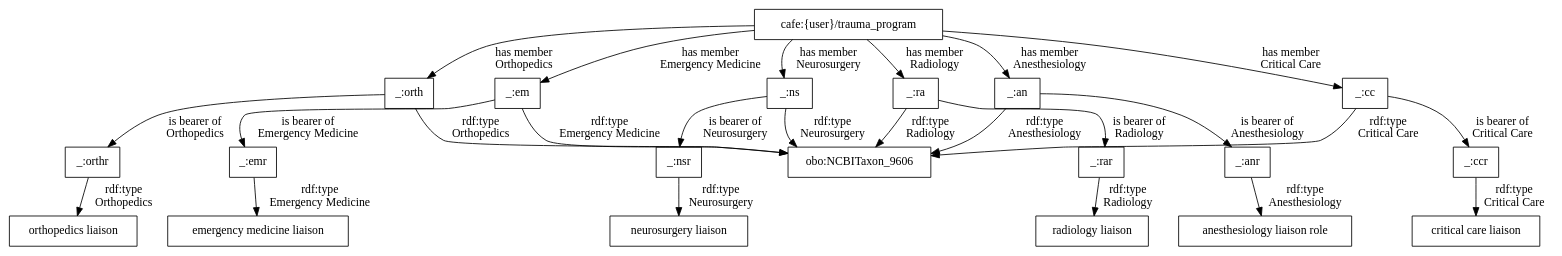
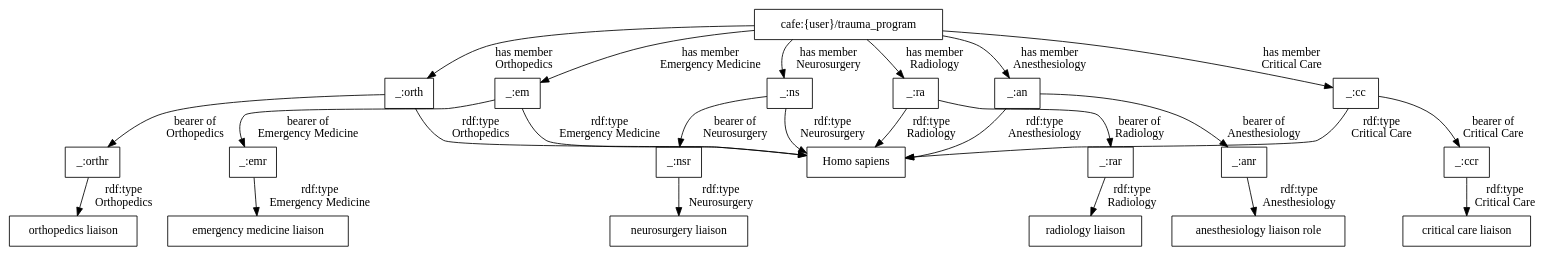
One commit to utecht/dideo-server changed the diagram in cafe/graphs/37.dot. Above: the diagram before and after it, drawn with Graphviz. The commit also changed 15 other files, not shown here.

Commit message:
changed graphs and definitions

```diff
--- a/cafe/graphs/37.dot
+++ b/cafe/graphs/37.dot
@@ -1,51 +1,51 @@
 digraph g { node [shape=rectangle];
 graph [splines=true, nodesep=.5, ranksep=0, overlap=false];
 "cafe:{user}/trauma_program" -> "_:em" [label="has member
 Emergency Medicine"]
-"_:em" -> "obo:NCBITaxon_9606" [label="rdf:type
+"_:em" -> "Homo sapiens" [label="rdf:type
 Emergency Medicine"]
-"_:em" -> "_:emr" [label="is bearer of
+"_:em" -> "_:emr" [label="bearer of
 Emergency Medicine"]
 "_:emr" -> "emergency medicine liaison" [label="rdf:type
 Emergency Medicine"]
 "cafe:{user}/trauma_program" -> "_:orth" [label="has member
 Orthopedics"]
-"_:orth" -> "obo:NCBITaxon_9606" [label="rdf:type
+"_:orth" -> "Homo sapiens" [label="rdf:type
 Orthopedics"]
-"_:orth" -> "_:orthr" [label="is bearer of
+"_:orth" -> "_:orthr" [label="bearer of
 Orthopedics"]
 "_:orthr" -> "orthopedics liaison" [label="rdf:type
 Orthopedics"]
 "cafe:{user}/trauma_program" -> "_:ns" [label="has member
 Neurosurgery"]
-"_:ns" -> "obo:NCBITaxon_9606" [label="rdf:type
+"_:ns" -> "Homo sapiens" [label="rdf:type
 Neurosurgery"]
-"_:ns" -> "_:nsr" [label="is bearer of
+"_:ns" -> "_:nsr" [label="bearer of
 Neurosurgery"]
 "_:nsr" -> "neurosurgery liaison" [label="rdf:type
 Neurosurgery"]
 "cafe:{user}/trauma_program" -> "_:an" [label="has member
 Anesthesiology"]
-"_:an" -> "obo:NCBITaxon_9606" [label="rdf:type
+"_:an" -> "Homo sapiens" [label="rdf:type
 Anesthesiology"]
-"_:an" -> "_:anr" [label="is bearer of
+"_:an" -> "_:anr" [label="bearer of
 Anesthesiology"]
 "_:anr" -> "anesthesiology liaison role" [label="rdf:type
 Anesthesiology"]
 "cafe:{user}/trauma_program" -> "_:cc" [label="has member
 Critical Care"]
-"_:cc" -> "obo:NCBITaxon_9606" [label="rdf:type
+"_:cc" -> "Homo sapiens" [label="rdf:type
 Critical Care"]
-"_:cc" -> "_:ccr" [label="is bearer of
+"_:cc" -> "_:ccr" [label="bearer of
 Critical Care"]
 "_:ccr" -> "critical care liaison" [label="rdf:type
 Critical Care"]
 "cafe:{user}/trauma_program" -> "_:ra" [label="has member
 Radiology"]
-"_:ra" -> "obo:NCBITaxon_9606" [label="rdf:type
+"_:ra" -> "Homo sapiens" [label="rdf:type
 Radiology"]
-"_:ra" -> "_:rar" [label="is bearer of
+"_:ra" -> "_:rar" [label="bearer of
 Radiology"]
 "_:rar" -> "radiology liaison" [label="rdf:type
 Radiology"]
 }
```
